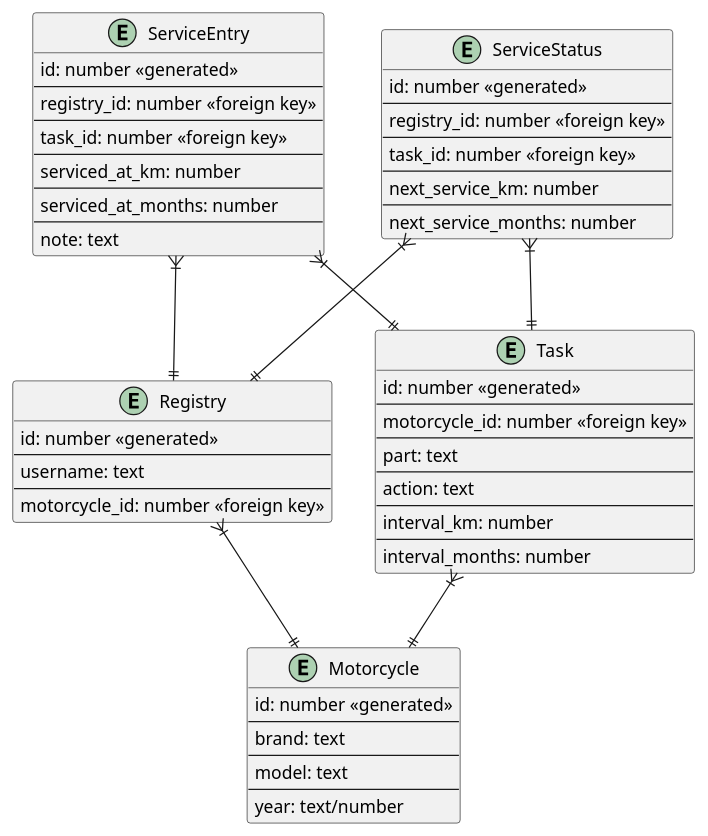
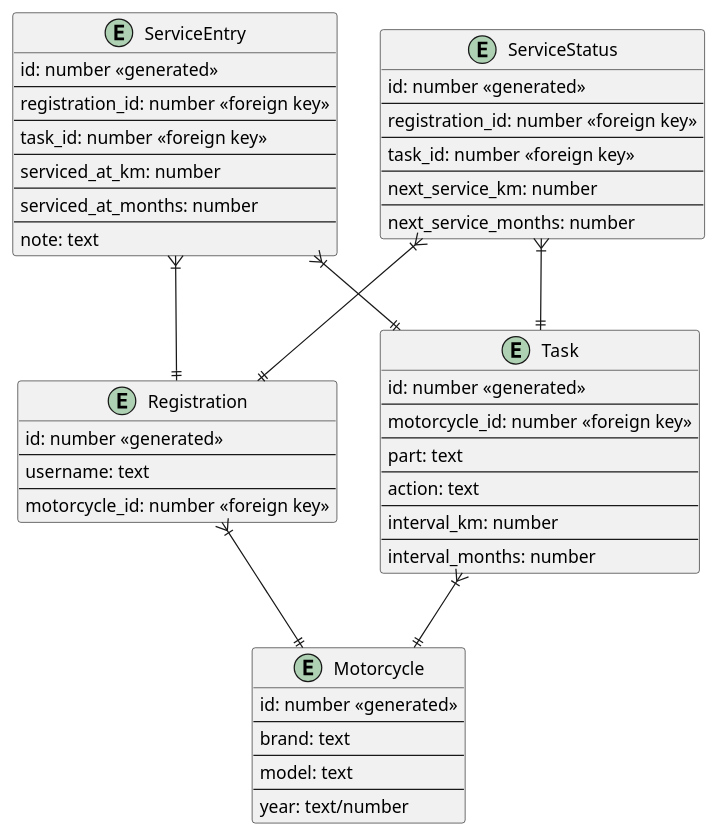
One commit to git-jasper/graphql changed the diagram in entity-diagram.puml. Above: the diagram before and after it, drawn with PlantUML.

Commit message:
rename table

```diff
--- a/entity-diagram.puml
+++ b/entity-diagram.puml
@@ -1,67 +1,67 @@
 @startuml
 
-entity "Registry" as R {
+entity "Registration" as R {
 id: number <<generated>>
 --
 username: text
 --
 motorcycle_id: number <<foreign key>>
 }
 
 entity "Motorcycle" as M {
 id: number <<generated>>
 --
 brand: text
 --
 model: text
 --
 year: text/number
 }
 
 entity "Task" as T {
 id: number <<generated>>
 --
 motorcycle_id: number <<foreign key>>
 --
 part: text
 --
 action: text
 --
 interval_km: number
 --
 interval_months: number
 }
 
 entity "ServiceEntry" as SE {
 id: number <<generated>>
 --
-registry_id: number <<foreign key>>
+registration_id: number <<foreign key>>
 --
 task_id: number <<foreign key>>
 --
 serviced_at_km: number
 --
 serviced_at_months: number
 --
 note: text
 }
 
 entity "ServiceStatus" as SS  {
 id: number <<generated>>
 --
-registry_id: number <<foreign key>>
+registration_id: number <<foreign key>>
 --
 task_id: number <<foreign key>>
 --
 next_service_km: number
 --
 next_service_months: number
 }
 
 R }|--|| M
 T }|--|| M
 SE }|--|| R
 SE }|--|| T
 SS }|--|| R
 SS }|--|| T
 @enduml
```
